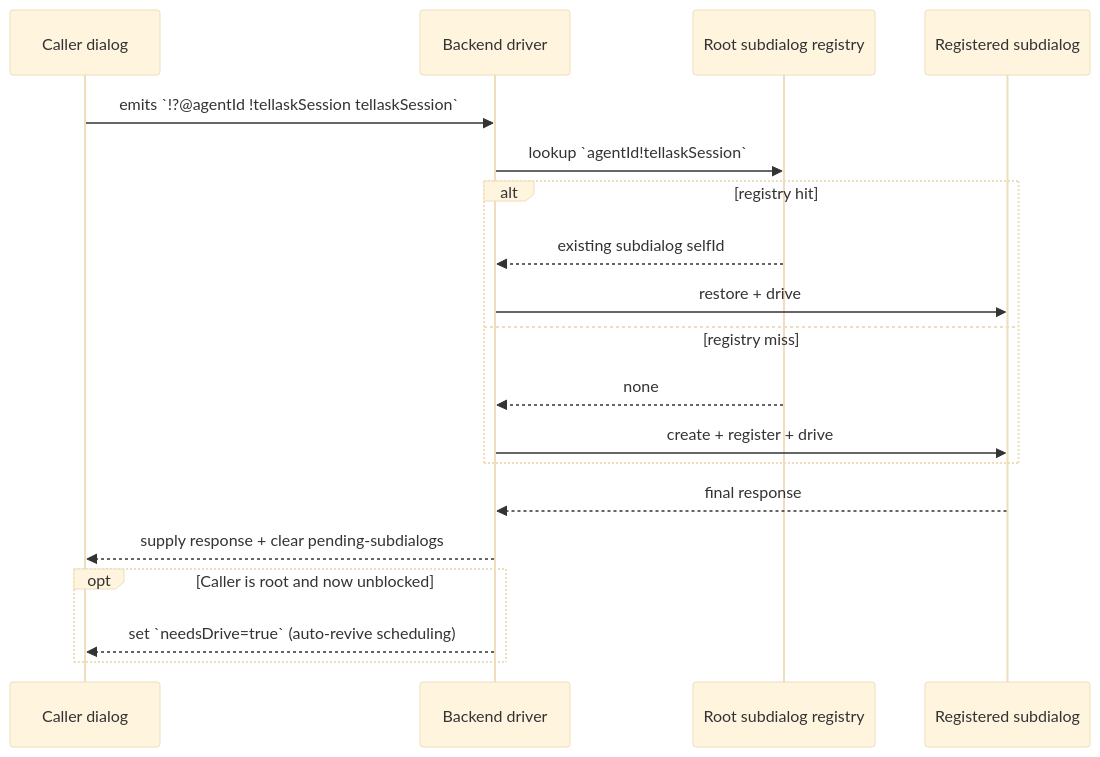
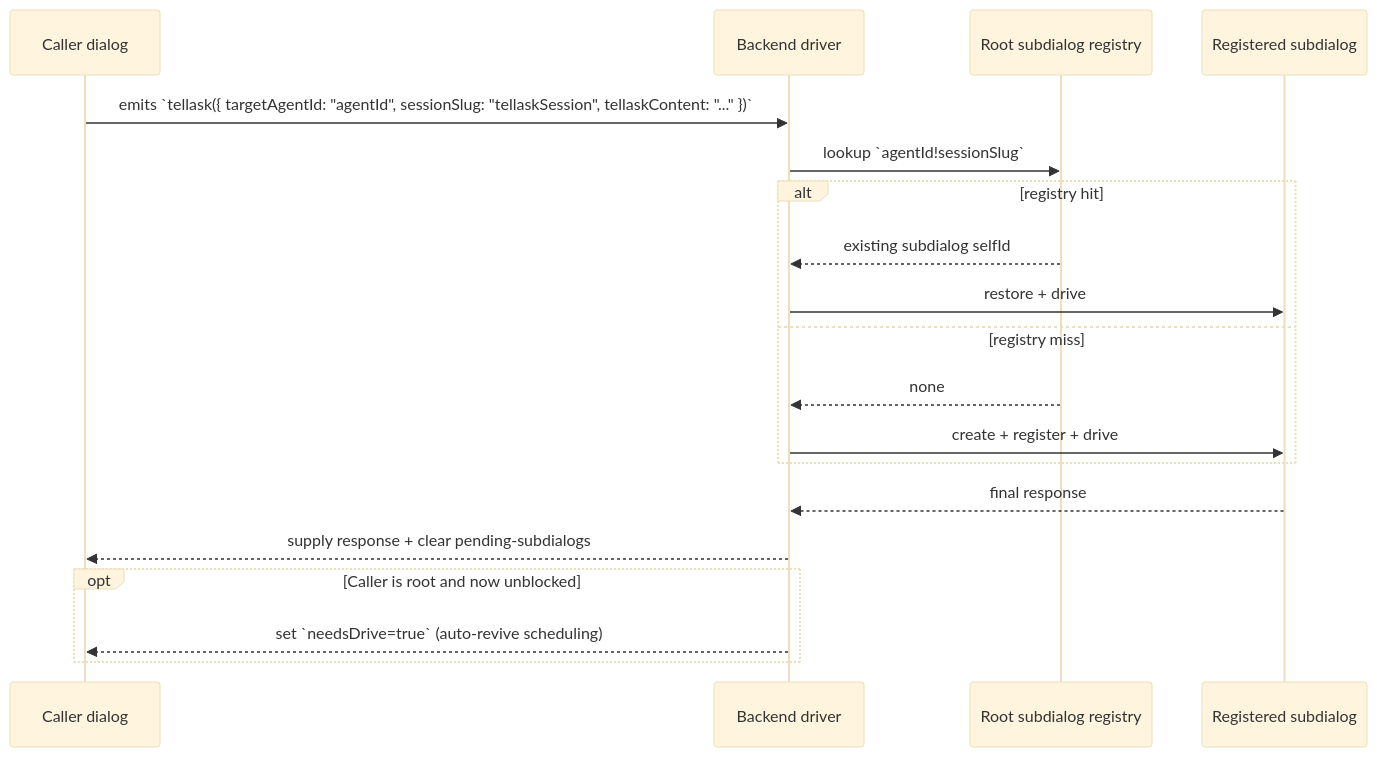
One commit to longrun-ai/dominds changed diagram 12 of 18 in docs/dialog-system.md. Above: the diagram before and after it, drawn with Mermaid (base theme). The commit also changed other lines of this file and 21 other files, not shown here.

````diff
--- a/docs/dialog-system.md
+++ b/docs/dialog-system.md
@@ -1112,22 +1112,22 @@
 ```mermaid
 sequenceDiagram
   participant Caller as Caller dialog
   participant Driver as Backend driver
   participant Reg as Root subdialog registry
   participant Sub as Registered subdialog
 
-  Caller->>Driver: emits `!?@agentId !tellaskSession tellaskSession`
-  Driver->>Reg: lookup `agentId!tellaskSession`
+  Caller->>Driver: emits `tellask({ targetAgentId: "agentId", sessionSlug: "tellaskSession", tellaskContent: "..." })`
+  Driver->>Reg: lookup `agentId!sessionSlug`
   alt registry hit
     Reg-->>Driver: existing subdialog selfId
     Driver->>Sub: restore + drive
   else registry miss
     Reg-->>Driver: none
     Driver->>Sub: create + register + drive
   end
   Sub-->>Driver: final response
   Driver-->>Caller: supply response + clear pending-subdialogs
   opt Caller is root and now unblocked
     Driver-->>Caller: set `needsDrive=true` (auto-revive scheduling)
   end
 ```
````
